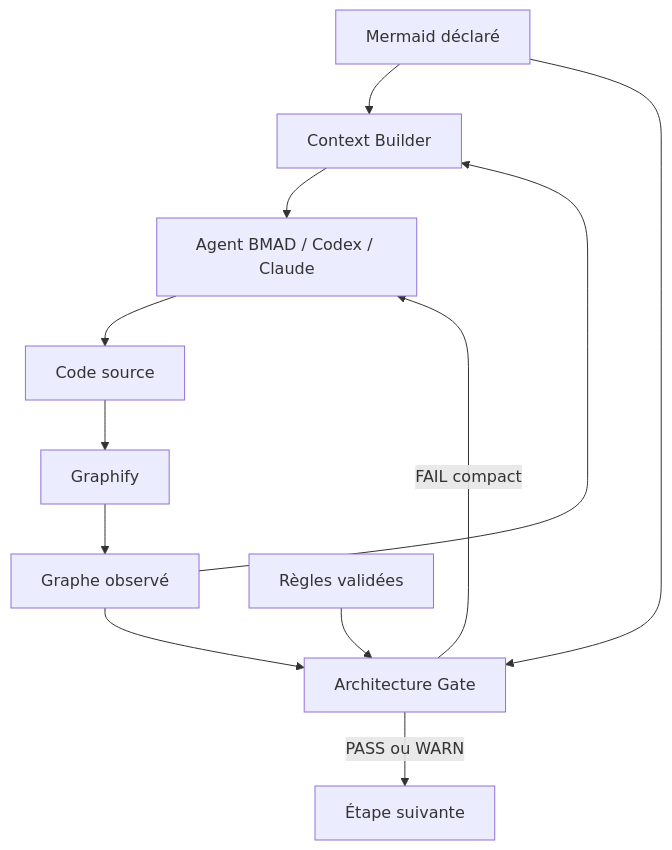
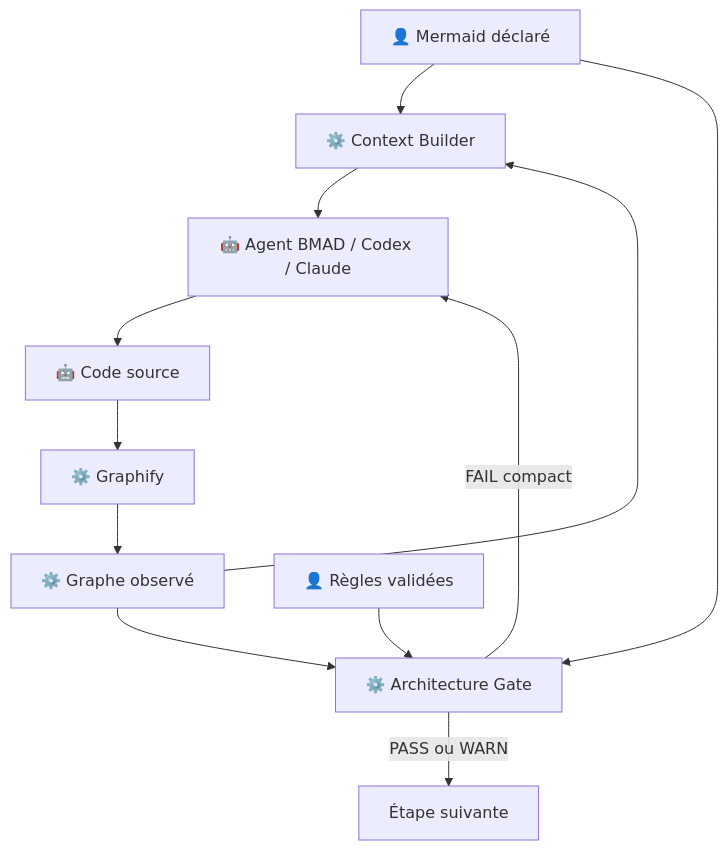
The diagram in README.md (Jeandavidnelson/Harness), drawn with Mermaid before and after one commit. The commit also changed other lines of this file and 7 other files, not shown here.

````diff
--- a/README.md
+++ b/README.md
@@ -9,14 +19,14 @@
 ```mermaid
 flowchart TD
-    M["Mermaid déclaré"] --> C["Context Builder"]
-    G["Code source"] --> GF["Graphify"]
-    GF --> O["Graphe observé"]
-    R["Règles validées"] --> H["Architecture Gate"]
+    M["👤 Mermaid déclaré"] --> C["⚙️ Context Builder"]
+    G["🤖 Code source"] --> GF["⚙️ Graphify"]
+    GF --> O["⚙️ Graphe observé"]
+    R["👤 Règles validées"] --> H["⚙️ Architecture Gate"]
     O --> C
     O --> H
     M --> H
-    C --> A["Agent BMAD / Codex / Claude"]
+    C --> A["🤖 Agent BMAD / Codex / Claude"]
     A --> G
     H -->|"FAIL compact"| A
     H -->|"PASS ou WARN"| N["Étape suivante"]
 ```
````
